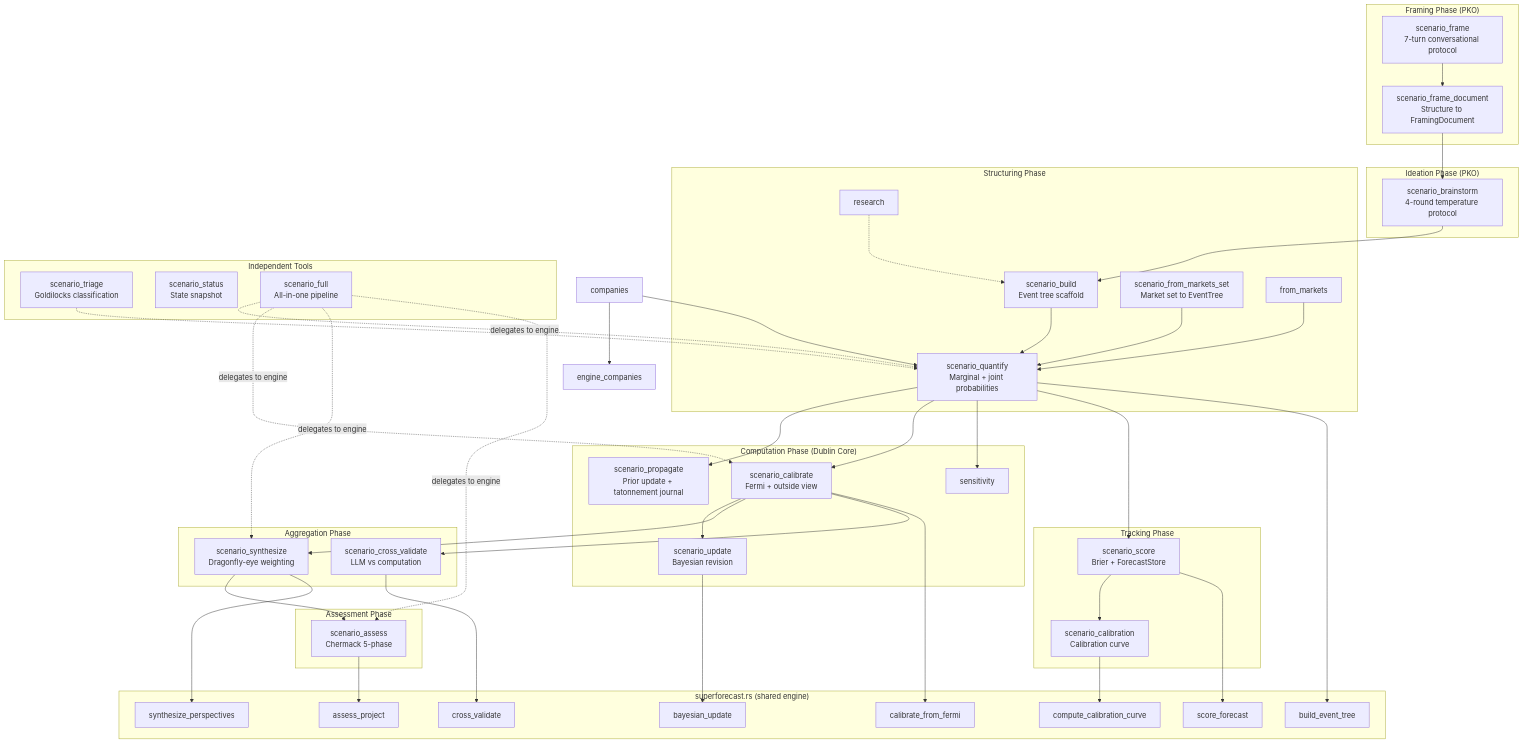
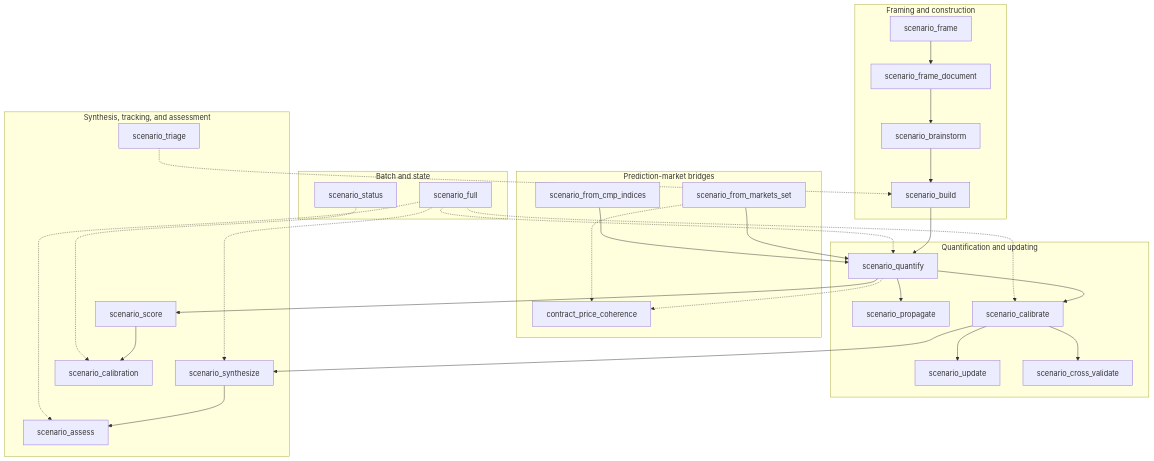
The diagram in kask/docs/reference/mcp-servers/scenarios.md (mdz-axo/zed-kask), drawn with Mermaid before and after one commit. The commit also changed other lines of this file and 8 other files, not shown here.

````diff
--- a/kask/docs/reference/mcp-servers/scenarios.md
+++ b/kask/docs/reference/mcp-servers/scenarios.md
@@ -24,87 +23,53 @@
 ```mermaid
 flowchart TD
-    subgraph Framing["Framing Phase (PKO)"]
-        frame["scenario_frame\n7-turn conversational protocol"]
-        frame_doc["scenario_frame_document\nStructure to FramingDocument"]
-        frame --> frame_doc
+    subgraph Framing["Framing and construction"]
+        frame["scenario_frame"] --> frame_doc["scenario_frame_document"]
+        frame_doc --> brainstorm["scenario_brainstorm"] --> build["scenario_build"]
     end
 
-    subgraph Ideation["Ideation Phase (PKO)"]
-        brainstorm["scenario_brainstorm\n4-round temperature protocol"]
-        frame_doc --> brainstorm
+    subgraph Bridges["Prediction-market bridges"]
+        markets["scenario_from_markets_set"]
+        cmp["scenario_from_cmp_indices"]
+        coherence["contract_price_coherence"]
     end
 
-    subgraph Structuring["Structuring Phase"]
-        build["scenario_build\nEvent tree scaffold"]
-        from_markets_set["scenario_from_markets_set\nMarket set to EventTree"]
-        brainstorm --> build
-        research -.-> build
-        from_markets --> quantify
-        from_markets_set --> quantify
+    subgraph Computation["Quantification and updating"]
+        quantify["scenario_quantify"]
+        propagate["scenario_propagate"]
+        calibrate["scenario_calibrate"]
+        update["scenario_update"]
+        cross_validate["scenario_cross_validate"]
     end
 
-    subgraph Computation["Computation Phase (Dublin Core)"]
-        quantify["scenario_quantify\nMarginal + joint probabilities"]
-        propagate["scenario_propagate\nPrior update + tatonnement journal"]
-        calibrate["scenario_calibrate\nFermi + outside view"]
-        update["scenario_update\nBayesian revision"]
-        build --> quantify
-        quantify --> propagate
-        quantify --> calibrate
-        calibrate --> update
-        quantify --> sensitivity
+    subgraph Synthesis["Synthesis, tracking, and assessment"]
+        synthesize["scenario_synthesize"]
+        score["scenario_score"]
+        calibration["scenario_calibration"]
+        triage["scenario_triage"]
+        assess["scenario_assess"]
     end
 
-    subgraph Aggregation["Aggregation Phase"]
-        synthesize["scenario_synthesize\nDragonfly-eye weighting"]
-        cross_validate["scenario_cross_validate\nLLM vs computation"]
-        calibrate --> synthesize
-        calibrate --> cross_validate
+    subgraph Batch["Batch and state"]
+        full["scenario_full"]
+        status["scenario_status"]
     end
 
-    subgraph Tracking["Tracking Phase"]
-        score["scenario_score\nBrier + ForecastStore"]
-        calibration["scenario_calibration\nCalibration curve"]
-        quantify --> score
-        score --> calibration
-    end
-
-    subgraph Assessment["Assessment Phase"]
-        assess["scenario_assess\nChermack 5-phase"]
-        synthesize --> assess
-    end
-
-    subgraph Independent["Independent Tools"]
-        triage["scenario_triage\nGoldilocks classification"]
-        status["scenario_status\nState snapshot"]
-        full["scenario_full\nAll-in-one pipeline"]
-    end
-
-    triage -.-> quantify
-    companies --> quantify
-    full -.-> |delegates to engine| quantify
-    full -.-> |delegates to engine| calibrate
-    full -.-> |delegates to engine| synthesize
-    full -.-> |delegates to engine| assess
-
-    subgraph Engine["superforecast.rs (shared engine)"]
-        engine_tree["build_event_tree"]
-        engine_fermi["calibrate_from_fermi"]
-        engine_bayes["bayesian_update"]
-        engine_brier["score_forecast"]
-        engine_curve["compute_calibration_curve"]
-        engine_synth["synthesize_perspectives"]
-        engine_assess["assess_project"]
-        engine_cross["cross_validate"]
-    end
-
-    quantify --> engine_tree
-    calibrate --> engine_fermi
-    update --> engine_bayes
-    score --> engine_brier
-    calibration --> engine_curve
-    synthesize --> engine_synth
-    assess --> engine_assess
-    cross_validate --> engine_cross
-    companies --> engine_companies
+    build --> quantify
+    markets --> quantify
+    cmp --> quantify
+    quantify --> propagate
+    quantify --> calibrate
+    calibrate --> update
+    calibrate --> cross_validate
+    calibrate --> synthesize
+    quantify --> score --> calibration
+    synthesize --> assess
+    triage -.-> build
+    full -.-> quantify
+    full -.-> calibrate
+    full -.-> synthesize
+    full -.-> assess
+    markets -.-> coherence
+    quantify -.-> coherence
+    status -.-> calibration
 ```
````
